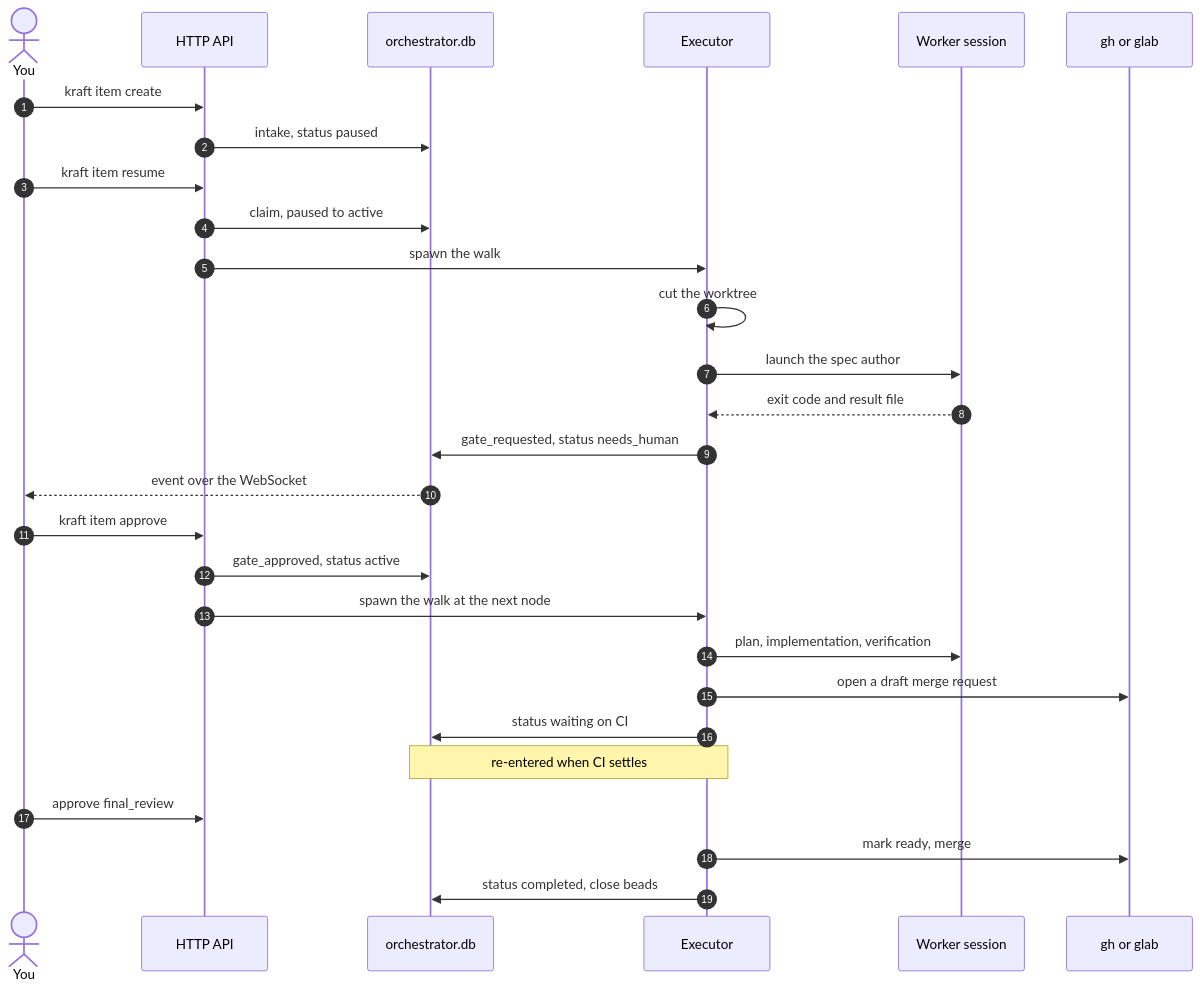
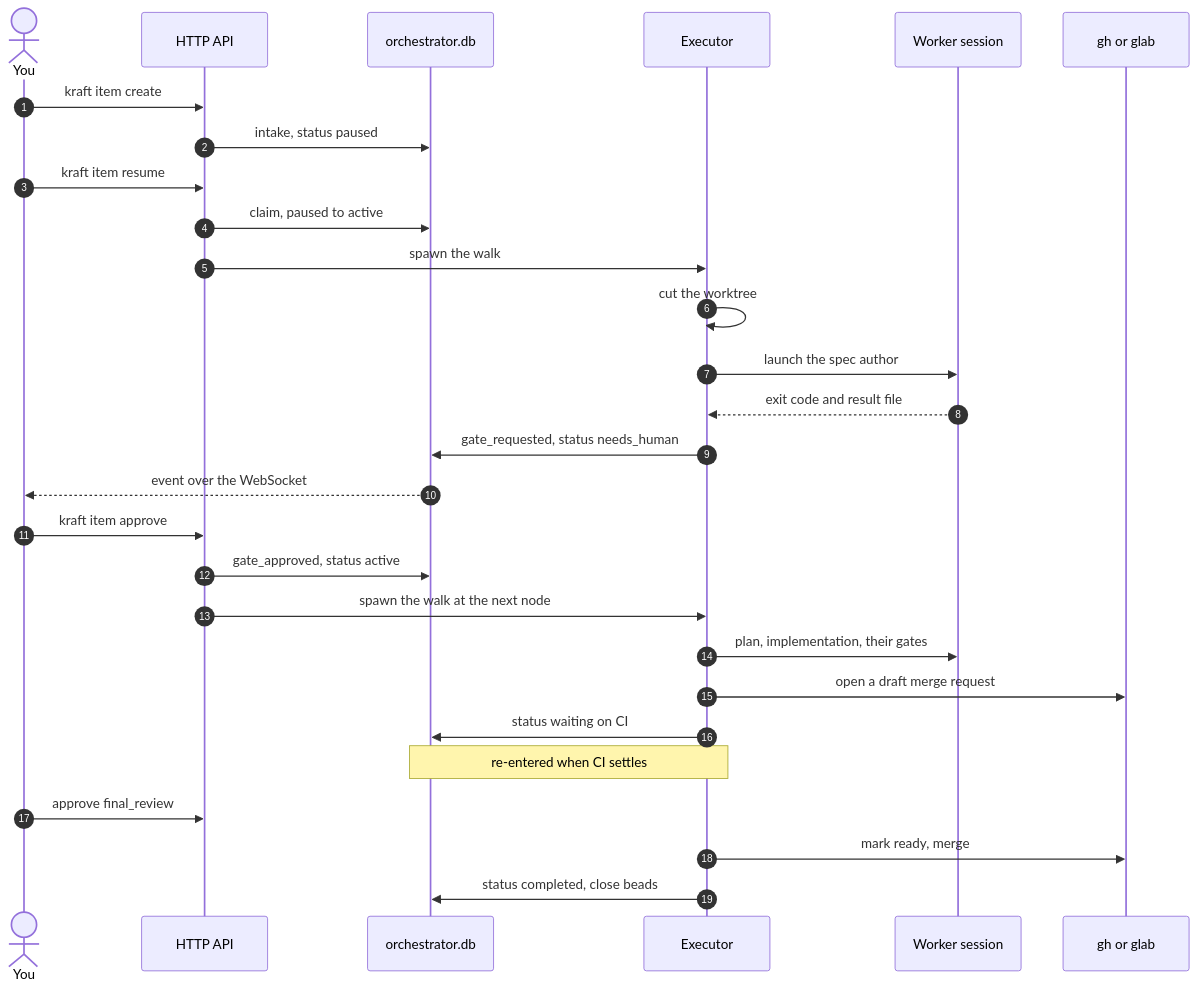
The diagram in docsite/diagrams/request-flow.mmd (itsOmidKarami/kraft), drawn with Mermaid before and after one commit. The commit also changed 3 other files, not shown here.

Commit message:
Diagrams: the request flow names the gates it passes; plainer escalation label

```diff
--- a/docsite/diagrams/request-flow.mmd
+++ b/docsite/diagrams/request-flow.mmd
@@ -1,29 +1,29 @@
 sequenceDiagram
   autonumber
   actor You
   participant API as HTTP API
   participant DB as orchestrator.db
   participant Ex as Executor
   participant W as Worker session
   participant F as gh or glab
 
   You->>API: kraft item create
   API->>DB: intake, status paused
   You->>API: kraft item resume
   API->>DB: claim, paused to active
   API->>Ex: spawn the walk
   Ex->>Ex: cut the worktree
   Ex->>W: launch the spec author
   W-->>Ex: exit code and result file
   Ex->>DB: gate_requested, status needs_human
   DB-->>You: event over the WebSocket
   You->>API: kraft item approve
   API->>DB: gate_approved, status active
   API->>Ex: spawn the walk at the next node
-  Ex->>W: plan, implementation, verification
+  Ex->>W: plan, implementation, their gates
   Ex->>F: open a draft merge request
   Ex->>DB: status waiting on CI
   Note over Ex,DB: re-entered when CI settles
   You->>API: approve final_review
   Ex->>F: mark ready, merge
   Ex->>DB: status completed, close beads
```
